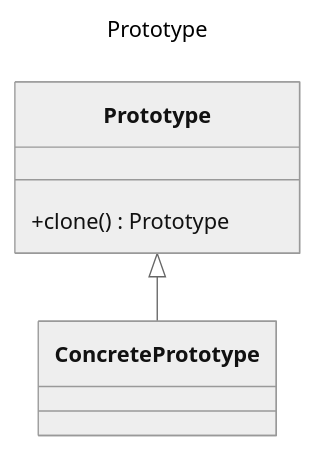
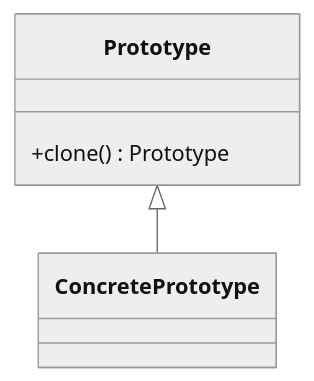
Before and after one commit to mtrigueira/JGoF: the diagram in src/main/java/org/example/gof/creation/prototype/Prototype.md, drawn with Mermaid (neutral theme). The commit also changed other lines of this file, not shown here.

Commit message:
Edit Prototype.md add related patterns

````diff
--- a/src/main/java/org/example/gof/creation/prototype/Prototype.md
+++ b/src/main/java/org/example/gof/creation/prototype/Prototype.md
@@ -1,12 +3,9 @@
 ```mermaid
----
-title: Prototype
----
 classDiagram
     class Prototype {
         +clone() Prototype
     }
     class ConcretePrototype {
     }
     Prototype <|-- ConcretePrototype
 ```
````
